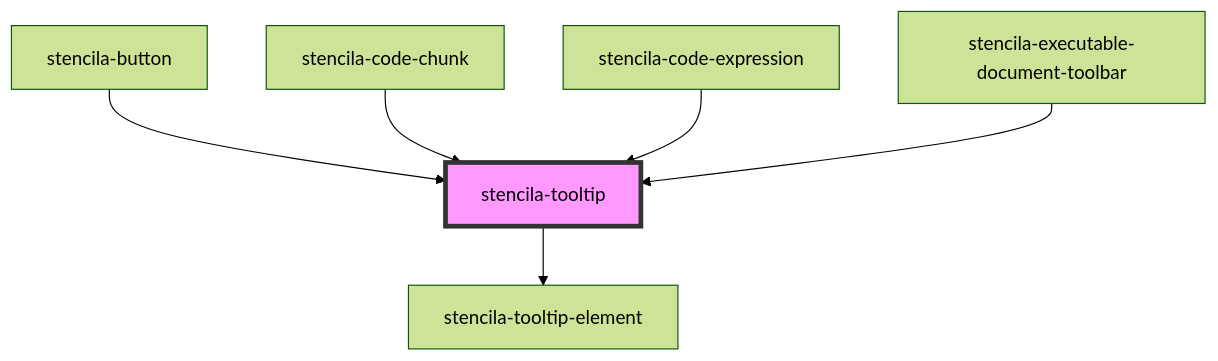
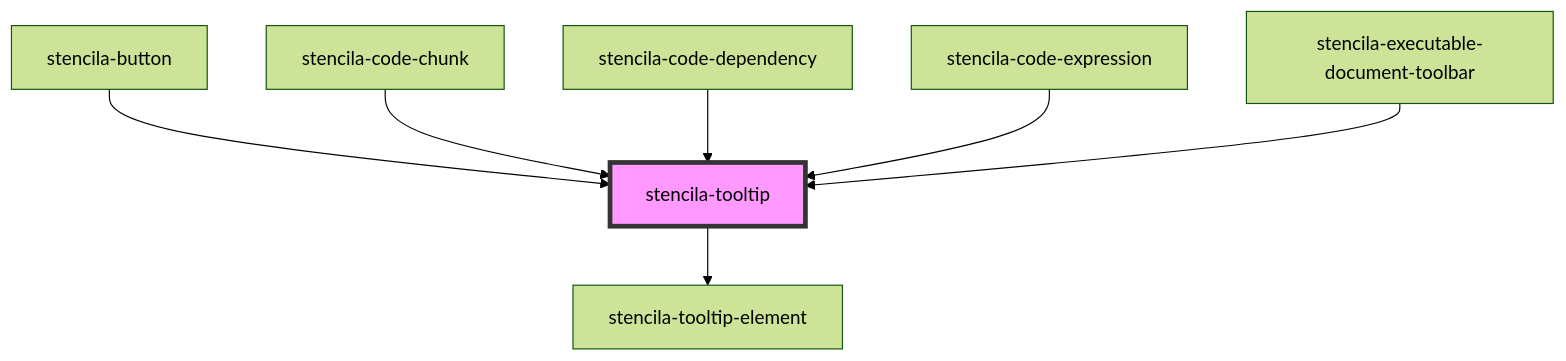
Before and after one commit to stencila/designa: the diagram in packages/components/src/components/tooltip/readme.md, drawn with Mermaid (forest theme). The commit also changed other lines of this file and 2 other files, not shown here.

Commit message:
feat(Tooltip): Add ability to configure position of tooltip

````diff
--- a/packages/components/src/components/tooltip/readme.md
+++ b/packages/components/src/components/tooltip/readme.md
@@ -29,9 +31,10 @@
 ```mermaid
 graph TD;
   stencila-tooltip --> stencila-tooltip-element
   stencila-button --> stencila-tooltip
   stencila-code-chunk --> stencila-tooltip
+  stencila-code-dependency --> stencila-tooltip
   stencila-code-expression --> stencila-tooltip
   stencila-executable-document-toolbar --> stencila-tooltip
   style stencila-tooltip fill:#f9f,stroke:#333,stroke-width:4px
 ```
````
